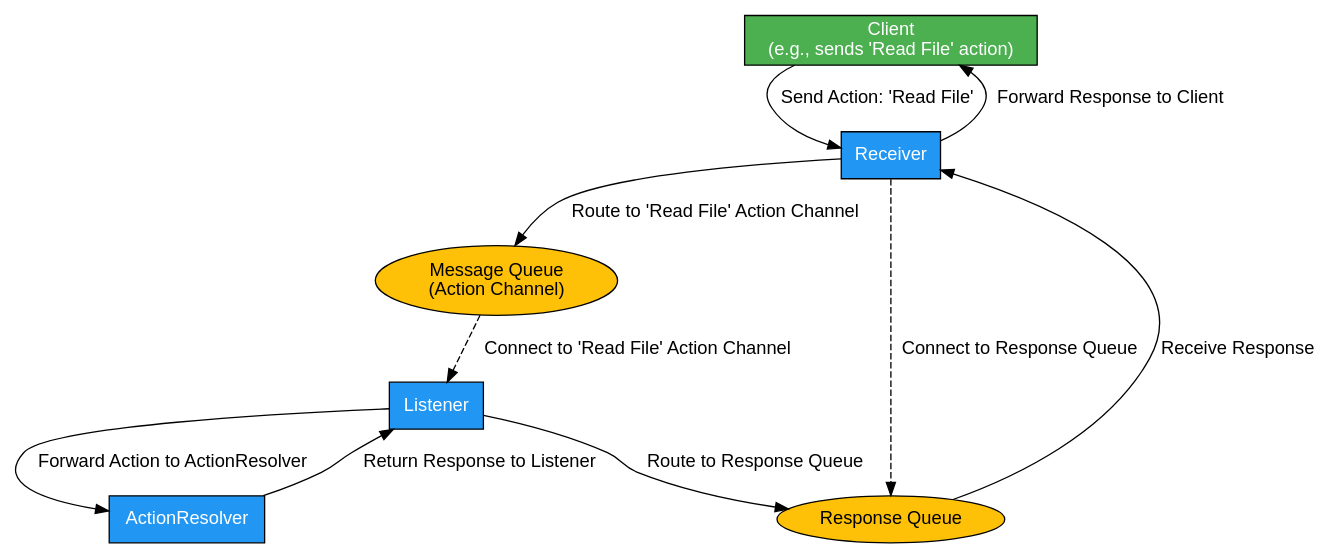
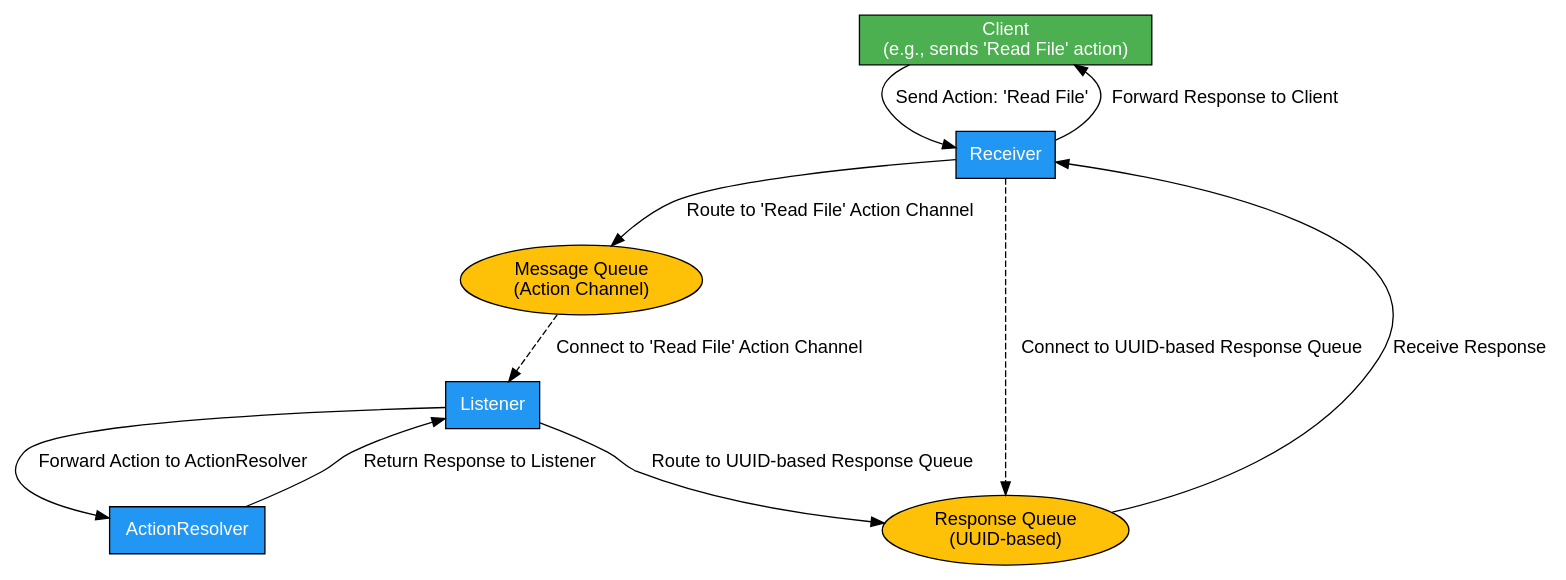
Before and after one commit to wabee-ai/agenet: the diagram in assets/arch_1.dot, drawn with Graphviz. The commit also changed 2 other files, not shown here.

Commit message:
Update message and response queue labels in architecture diagram
The commit updates the labels for the "Response Queue" to include UUID-based information, reflecting changes in how responses are handled within the system. Additionally, it modifies the README.md file to describe the revised flow of actions and responses in more detail.

```diff
--- a/assets/arch_1.dot
+++ b/assets/arch_1.dot
@@ -1,32 +1,32 @@
 digraph MacroArchitecture {
     rankdir=TB;  // Top-to-Bottom layout
     
     // Define a general font and style
     graph [fontname="Helvetica", fontsize=12];
     node [shape=box, style=filled, fontcolor=white, fontname="Helvetica"];
     edge [fontname="Helvetica"];
     
     // Define nodes with specific colors for each category
     Client [label="Client\n(e.g., sends 'Read File' action)", fillcolor="#4CAF50"];
     Receiver [label="Receiver", fillcolor="#2196F3"];
     Listener [label="Listener", fillcolor="#2196F3"];
     ActionResolver [label="ActionResolver", fillcolor="#2196F3"];
     
     // Define queues with distinct styling
     MessageQueue [label="Message Queue\n(Action Channel)", shape=ellipse, fillcolor="#FFC107", fontcolor=black];
-    ResponseQueue [label="Response Queue", shape=ellipse, fillcolor="#FFC107", fontcolor=black];
+    ResponseQueue [label="Response Queue\n(UUID-based)", shape=ellipse, fillcolor="#FFC107", fontcolor=black];
     
     // Define edges with labels and different styles for sending vs connecting
     Client -> Receiver [label="Send Action: 'Read File'"];
     Receiver -> MessageQueue [label="Route to 'Read File' Action Channel"];
     
     // Connections instead of sending arrows for persistent listening connections
-    Receiver -> ResponseQueue [style=dashed, label="Connect to Response Queue"];
+    Receiver -> ResponseQueue [style=dashed, label="Connect to UUID-based Response Queue"];
     MessageQueue -> Listener [style=dashed, label="Connect to 'Read File' Action Channel"];
     
     Listener -> ActionResolver [label="Forward Action to ActionResolver"];
     ActionResolver -> Listener [label="Return Response to Listener"];
-    Listener -> ResponseQueue [label="Route to Response Queue"];
+    Listener -> ResponseQueue [label="Route to UUID-based Response Queue"];
     ResponseQueue -> Receiver [label="Receive Response"];
     Receiver -> Client [label="Forward Response to Client"];
 }
```
